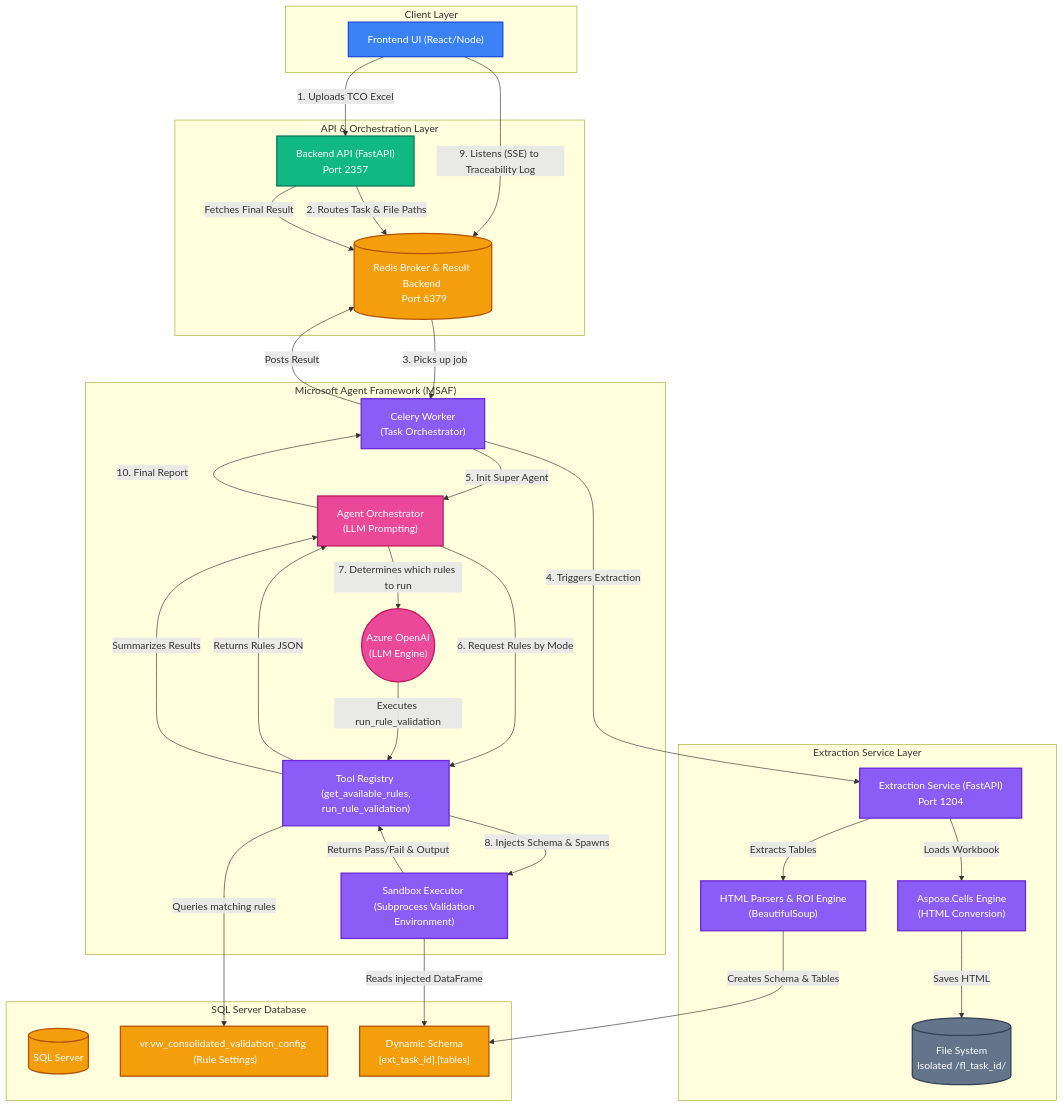
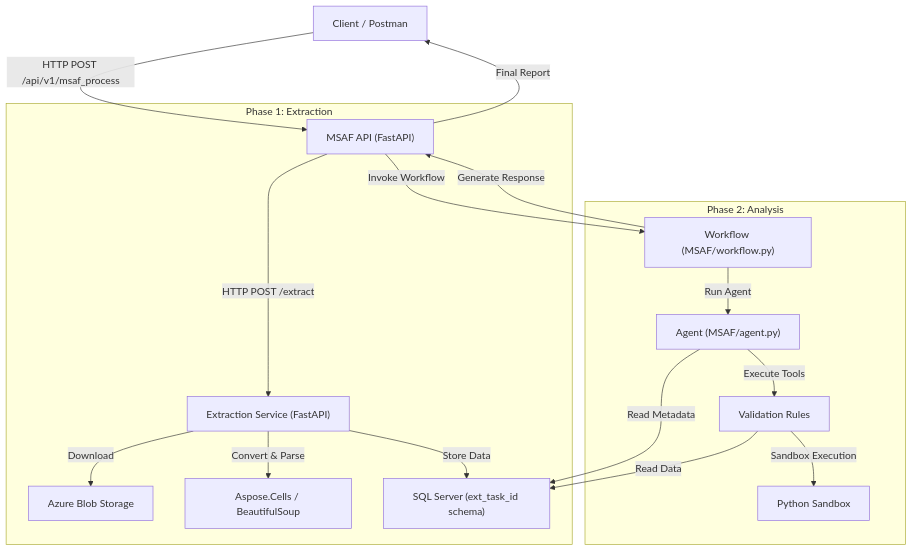
The diagram in architecture.md (arc-user01/AFGEstimateAnalyser), drawn with Mermaid before and after one commit. The commit also changed other lines of this file and 52 other files, not shown here.

````diff
--- a/architecture.md
+++ b/architecture.md
@@ -7,74 +11,23 @@
 ```mermaid
 graph TD
-    %% Define Styles
-    classDef frontend fill:#3b82f6,stroke:#1d4ed8,stroke-width:2px,color:#fff;
-    classDef backend fill:#10b981,stroke:#047857,stroke-width:2px,color:#fff;
-    classDef worker fill:#8b5cf6,stroke:#6d28d9,stroke-width:2px,color:#fff;
-    classDef db fill:#f59e0b,stroke:#b45309,stroke-width:2px,color:#fff;
-    classDef storage fill:#64748b,stroke:#334155,stroke-width:2px,color:#fff;
-    classDef ai fill:#ec4899,stroke:#be185d,stroke-width:2px,color:#fff;
-
-    %% Client Layer
-    subgraph Client ["Client Layer"]
-        UI["Frontend UI (React/Node)"]:::frontend
+    Client["Client / Postman"] -- "HTTP POST /api/v1/msaf_process" --> MSAF_API["MSAF API (FastAPI)"]
+    
+    subgraph "Phase 1: Extraction"
+        MSAF_API -- "HTTP POST /extract" --> Extractor["Extraction Service (FastAPI)"]
+        Extractor -- "Download" --> Blob["Azure Blob Storage"]
+        Extractor -- "Convert & Parse" --> Excel["Aspose.Cells / BeautifulSoup"]
+        Extractor -- "Store Data" --> SQL["SQL Server (ext_task_id schema)"]
     end
-
-    %% API Layer
-    subgraph API ["API & Orchestration Layer"]
-        FastAPI["Backend API (FastAPI) <br> Port 2357"]:::backend
-        RedisBroker[("Redis Broker & Result Backend <br> Port 6379")]:::db
+    
+    subgraph "Phase 2: Analysis"
+        MSAF_API -- "Invoke Workflow" --> Workflow["Workflow (MSAF/workflow.py)"]
+        Workflow -- "Run Agent" --> Agent["Agent (MSAF/agent.py)"]
+        Agent -- "Read Metadata" --> SQL
+        Agent -- "Execute Tools" --> Tools["Validation Rules"]
+        Tools -- "Read Data" --> SQL
+        Tools -- "Sandbox Execution" --> Sandbox["Python Sandbox"]
     end
-
-    %% Extraction Layer
-    subgraph Extraction ["Extraction Service Layer"]
-        ExtractorAPI["Extraction Service (FastAPI) <br> Port 1204"]:::worker
-        AsposeEngine["Aspose.Cells Engine <br> (HTML Conversion)"]:::worker
-        FileSys[("File System <br> Isolated /fl_task_id/")]:::storage
-        Parser["HTML Parsers & ROI Engine <br> (BeautifulSoup)"]:::worker
-    end
-
-    %% Agent Layer
-    subgraph MSAF ["Microsoft Agent Framework (MSAF)"]
-        CeleryWorker["Celery Worker <br> (Task Orchestrator)"]:::worker
-        AgentOrchestrator["Agent Orchestrator <br> (LLM Prompting)"]:::ai
-        AzureOpenAI(("Azure OpenAI <br> (LLM Engine)")):::ai
-        ToolRegistry["Tool Registry <br> (get_available_rules, run_rule_validation)"]:::worker
-        Sandbox["Sandbox Executor <br> (Subprocess Validation Environment)"]:::worker
-    end
-
-    %% Database Layer
-    subgraph Database ["SQL Server Database"]
-        MainDB[("SQL Server")]:::db
-        ConfigView["vr.vw_consolidated_validation_config <br> (Rule Settings)"]:::db
-        ExtSchema["Dynamic Schema <br> [ext_task_id].[tables]"]:::db
-    end
-
-    %% Relationships & Flow
-    UI -- "1. Uploads TCO Excel" --> FastAPI
-    UI -- "9. Listens (SSE) to Traceability Log" --> RedisBroker
     
-    FastAPI -- "2. Routes Task & File Paths" --> RedisBroker
-    RedisBroker -- "3. Picks up job" --> CeleryWorker
-    
-    CeleryWorker -- "4. Triggers Extraction" --> ExtractorAPI
-    ExtractorAPI -- "Loads Workbook" --> AsposeEngine
-    AsposeEngine -- "Saves HTML" --> FileSys
-    ExtractorAPI -- "Extracts Tables" --> Parser
-    Parser -- "Creates Schema & Tables" --> ExtSchema
-    
-    CeleryWorker -- "5. Init Super Agent" --> AgentOrchestrator
-    AgentOrchestrator -- "6. Request Rules by Mode" --> ToolRegistry
-    ToolRegistry -- "Queries matching rules" --> ConfigView
-    ToolRegistry -- "Returns Rules JSON" --> AgentOrchestrator
-    
-    AgentOrchestrator -- "7. Determines which rules to run" --> AzureOpenAI
-    AzureOpenAI -- "Executes run_rule_validation" --> ToolRegistry
-    ToolRegistry -- "8. Injects Schema & Spawns" --> Sandbox
-    Sandbox -- "Reads injected DataFrame" --> ExtSchema
-    
-    Sandbox -- "Returns Pass/Fail & Output" --> ToolRegistry
-    ToolRegistry -- "Summarizes Results" --> AgentOrchestrator
-    AgentOrchestrator -- "10. Final Report" --> CeleryWorker
-    CeleryWorker -- "Posts Result" --> RedisBroker
-    FastAPI -- "Fetches Final Result" --> RedisBroker
+    Workflow -- "Generate Response" --> MSAF_API
+    MSAF_API -- "Final Report" --> Client
 ```
````
